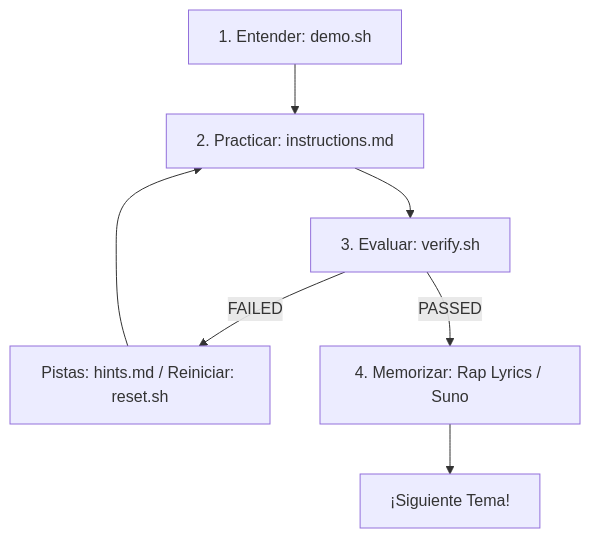
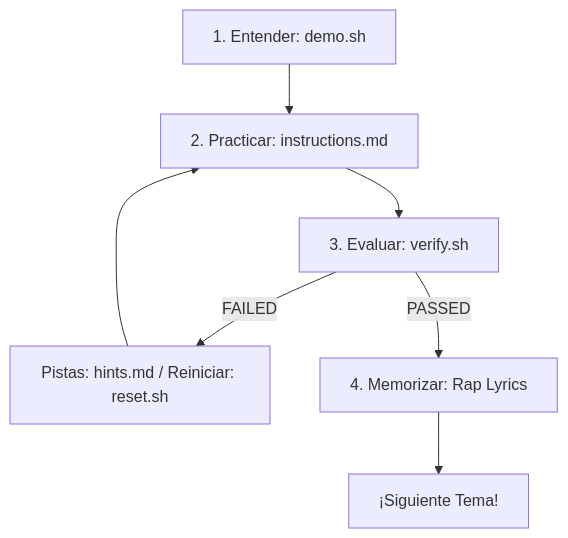
Before and after one commit to hooperits/ex200-flow-labs: the diagram in README.md, drawn with Mermaid. The commit also changed other lines of this file, not shown here.

````diff
--- a/README.md
+++ b/README.md
@@ -20,9 +27,9 @@
 ```mermaid
 graph TD
     A[1. Entender: demo.sh] --> B[2. Practicar: instructions.md]
     B --> C[3. Evaluar: verify.sh]
     C -- FAILED --> D[Pistas: hints.md / Reiniciar: reset.sh]
     D --> B
-    C -- PASSED --> E[4. Memorizar: Rap Lyrics / Suno]
+    C -- PASSED --> E[4. Memorizar: Rap Lyrics]
     E --> F[¡Siguiente Tema!]
 ```
````
